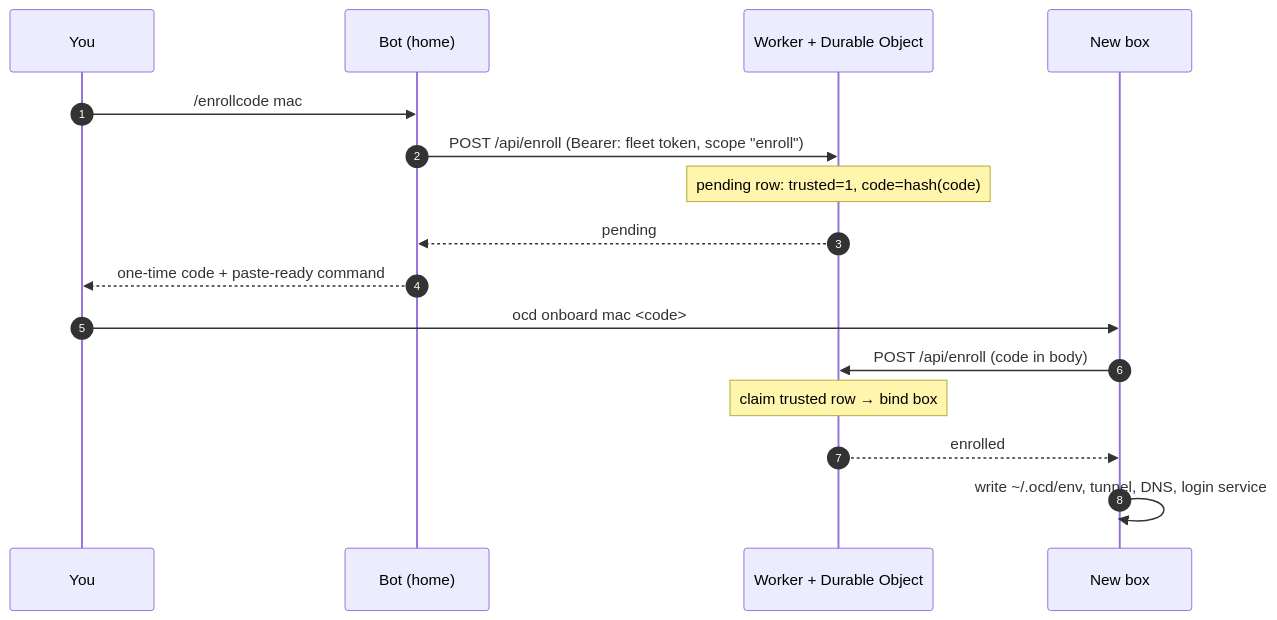
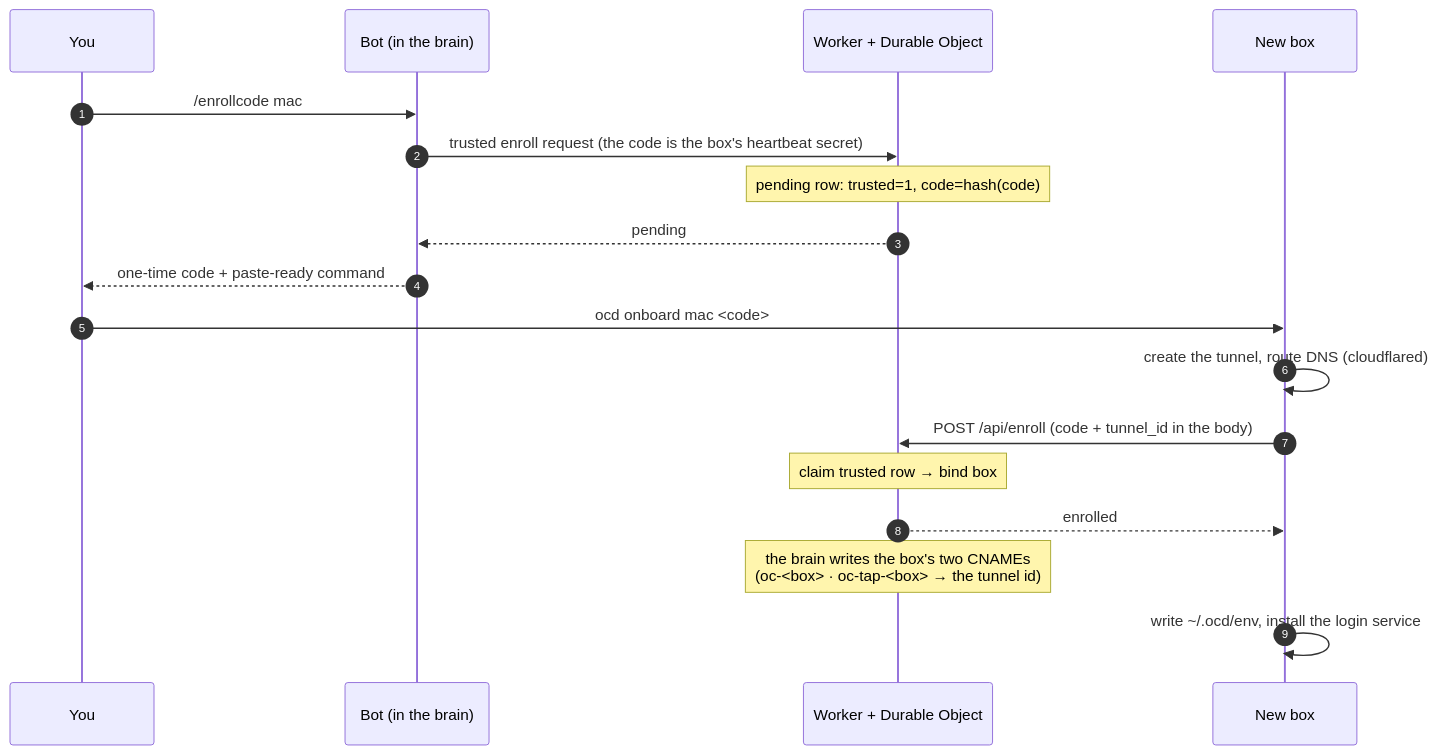
Before and after one commit to mfenderov/ocd: the third of 4 diagrams in docs/architecture.md, drawn with Mermaid. The commit also changed other lines of this file and 3 other files, not shown here.

Commit message:
docs: the brain owns the bot, the DNS and the history

````diff
--- a/docs/architecture.md
+++ b/docs/architecture.md
@@ -90,19 +91,21 @@
 ```mermaid
 sequenceDiagram
   autonumber
   participant Y as You
-  participant B as Bot (home)
+  participant B as Bot (in the brain)
   participant W as Worker + Durable Object
   participant N as New box
 
   Y->>B: /enrollcode mac
-  B->>W: POST /api/enroll  (Bearer: fleet token, scope "enroll")
+  B->>W: trusted enroll request (the code is the box's heartbeat secret)
   Note over W: pending row: trusted=1, code=hash(code)
   W-->>B: pending
   B-->>Y: one-time code + paste-ready command
   Y->>N: ocd onboard mac <code>
-  N->>W: POST /api/enroll  (code in body)
+  N->>N: create the tunnel, route DNS (cloudflared)
+  N->>W: POST /api/enroll  (code + tunnel_id in the body)
   Note over W: claim trusted row → bind box
   W-->>N: enrolled
-  N->>N: write ~/.ocd/env, tunnel, DNS, login service
+  Note over W: the brain writes the box's two CNAMEs<br/>(oc-<box> · oc-tap-<box> → the tunnel id)
+  N->>N: write ~/.ocd/env, install the login service
 ```
````
